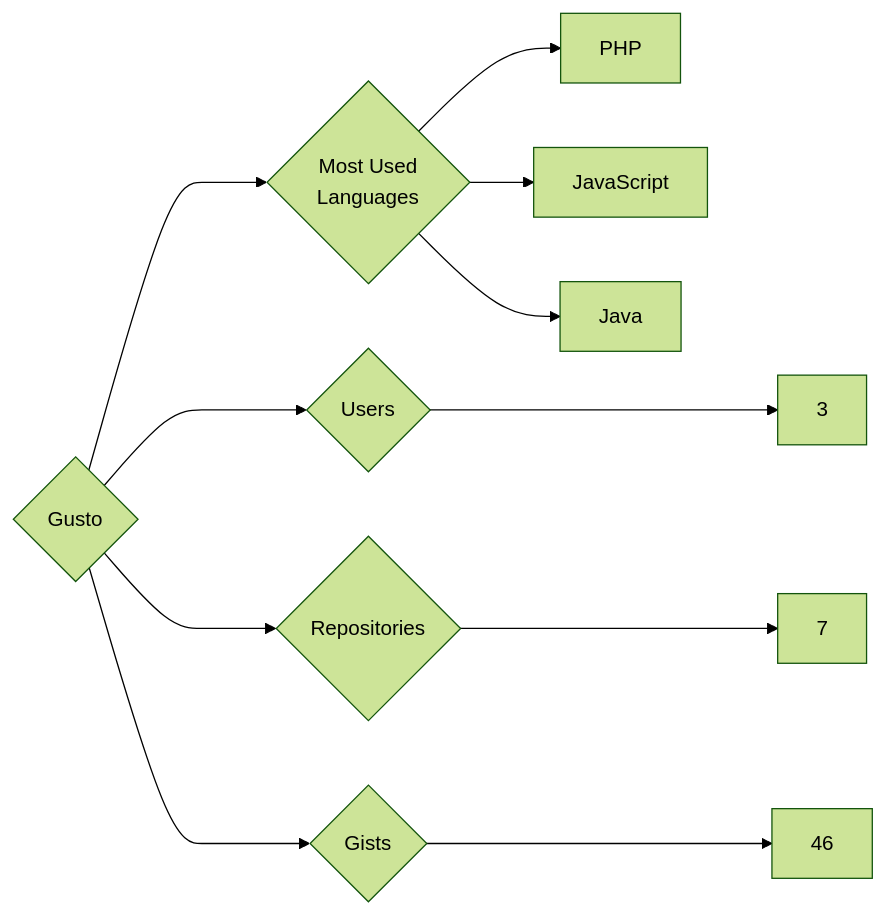
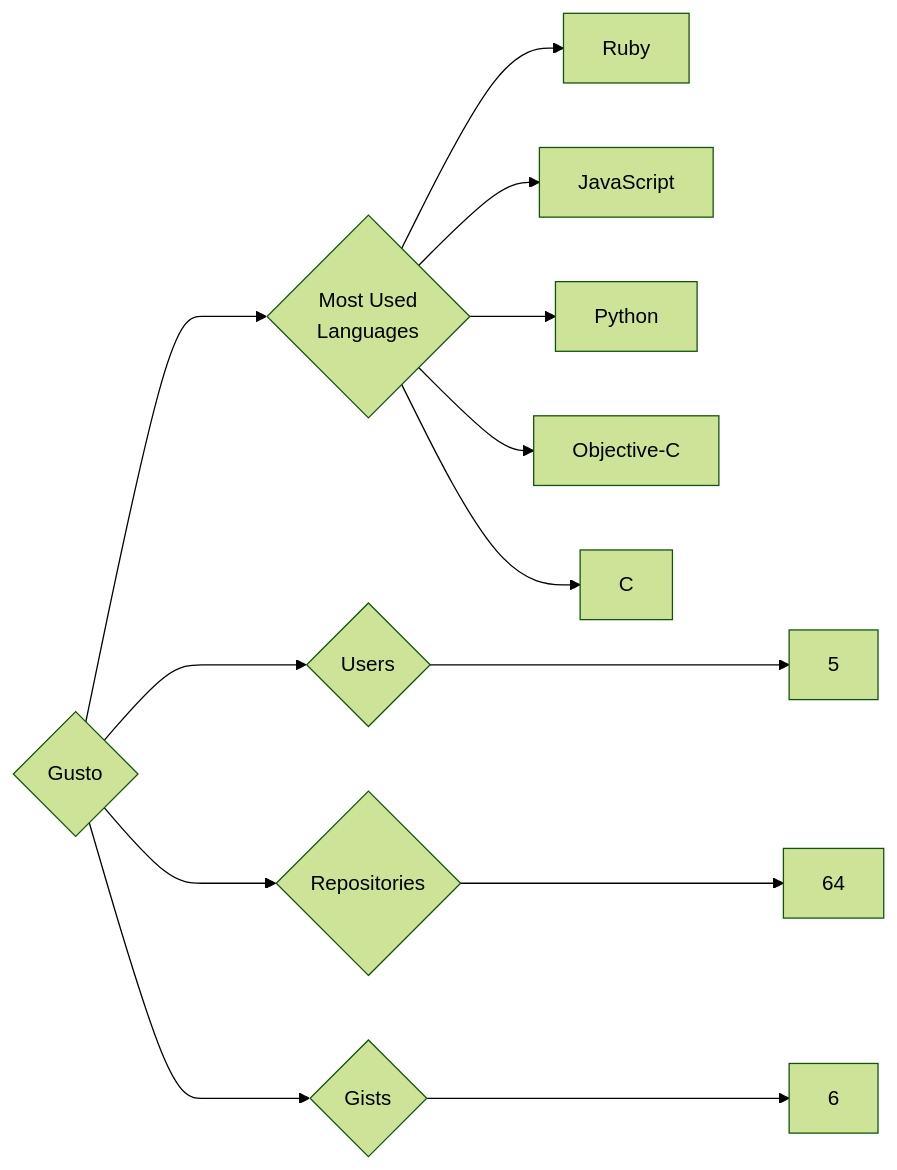
Before and after one commit to trickest/insiders: the diagram in targets/Gusto/README.md, drawn with Mermaid (forest theme). The commit also changed 618 other files, not shown here.

````diff
--- a/targets/Gusto/README.md
+++ b/targets/Gusto/README.md
@@ -3,11 +3,13 @@
 ```mermaid
 graph LR
 COMPANY_NAME{Gusto}
-COMPANY_NAME ---> U{Users} ---> UN[3]
-COMPANY_NAME ---> R{Repositories} ---> RN[7]
-COMPANY_NAME ---> G{Gists} ---> GN[46]
+COMPANY_NAME ---> U{Users} ---> UN[5]
+COMPANY_NAME ---> R{Repositories} ---> RN[64]
+COMPANY_NAME ---> G{Gists} ---> GN[6]
 COMPANY_NAME ---> ML{Most Used<br>Languages}
-ML --> PHP[PHP]
+ML --> Ruby[Ruby]
 ML --> JavaScript[JavaScript]
-ML --> Java[Java]
+ML --> Python[Python]
+ML --> Objective-C[Objective-C]
+ML --> C[C]
 ```
````
